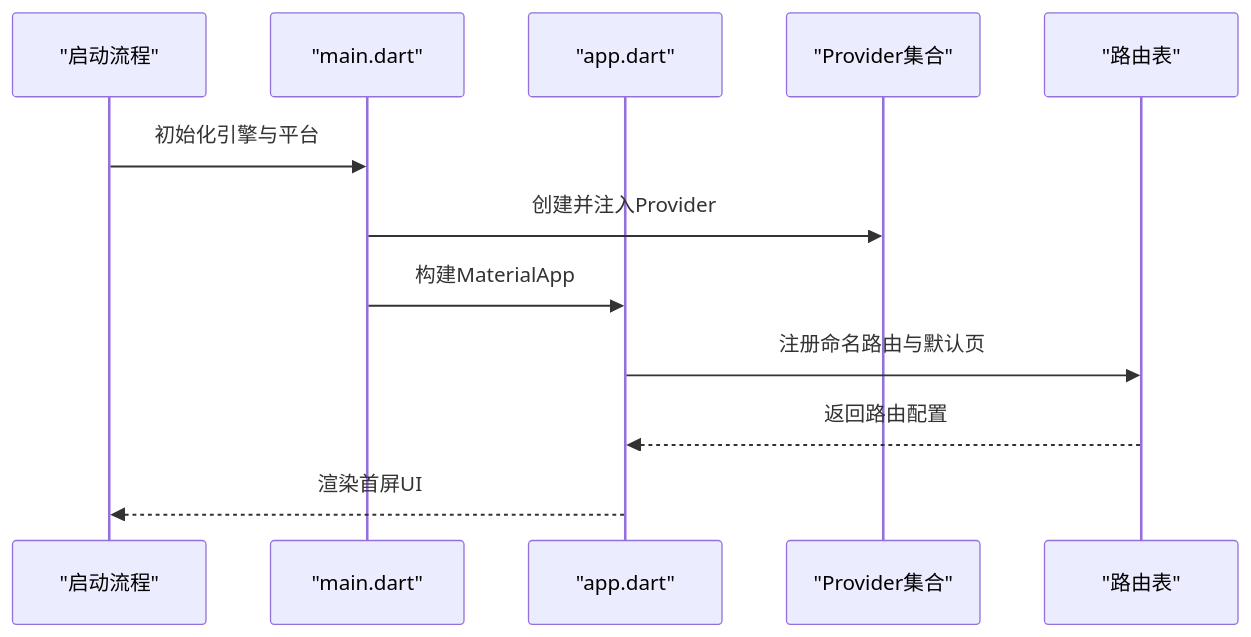
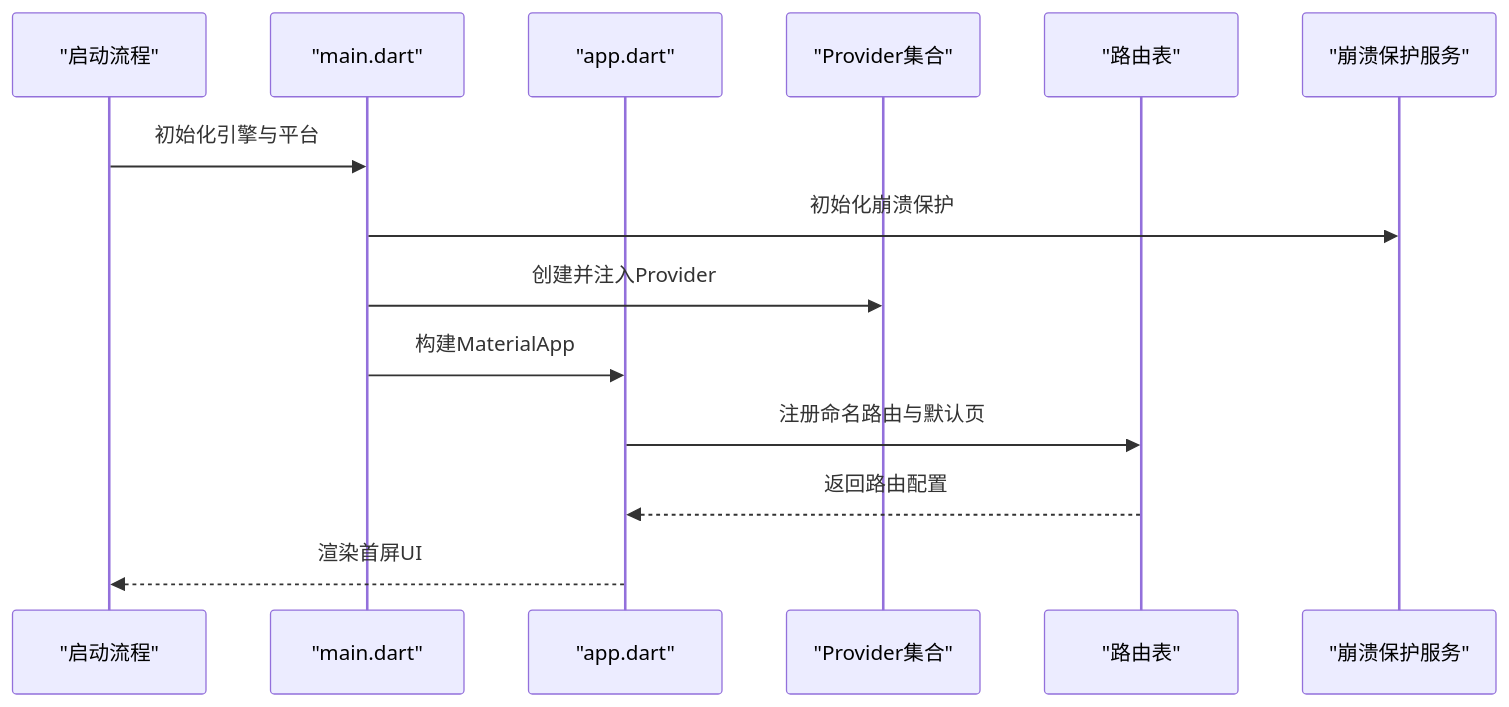
One commit to ZhangGHGitHub/LegadoTeamFlutter changed the third of 10 diagrams in .qoder/repowiki/zh/content/Flutter跨平台应用/Flutter跨平台应用.md. Above: the diagram before and after it, drawn with Mermaid. The commit also changed other lines of this file and 68 other files, not shown here.

````diff
--- a/.qoder/repowiki/zh/content/Flutter跨平台应用/Flutter跨平台应用.md
+++ b/.qoder/repowiki/zh/content/Flutter跨平台应用/Flutter跨平台应用.md
@@ -196,14 +209,16 @@
 ```mermaid
 sequenceDiagram
 participant Boot as "启动流程"
 participant Main as "main.dart"
 participant App as "app.dart"
 participant Providers as "Provider集合"
 participant Router as "路由表"
+participant CrashService as "崩溃保护服务"
 Boot->>Main : 初始化引擎与平台
+Main->>CrashService : 初始化崩溃保护
 Main->>Providers : 创建并注入Provider
 Main->>App : 构建MaterialApp
 App->>Router : 注册命名路由与默认页
 Router-->>App : 返回路由配置
 App-->>Boot : 渲染首屏UI
 ```
````
